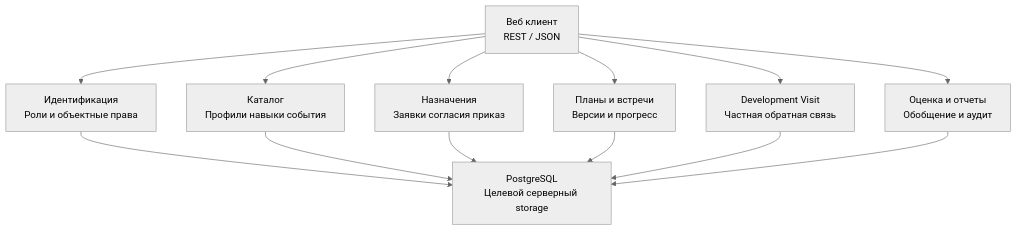
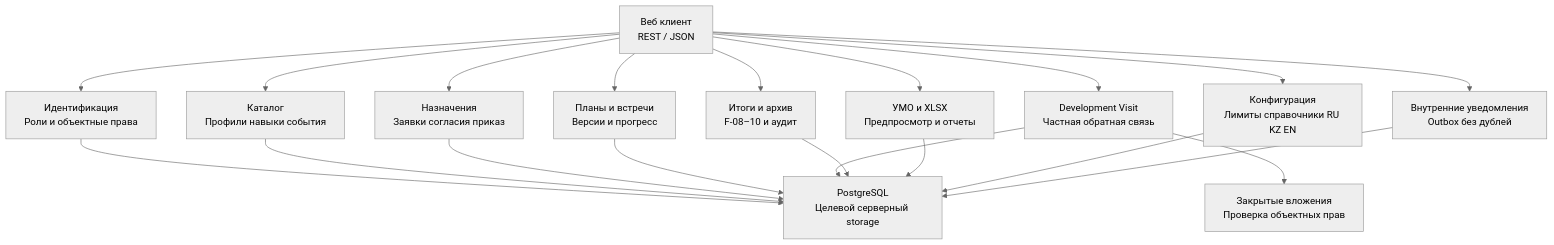
Before and after one commit to krna-tul/Diploma_Project_TulegenovaKM: the diagram in diagrams/source/components.mmd, drawn with Mermaid (neutral theme). The commit also changed 24 other files, not shown here.

Commit message:
DIP-2 DIP-6 DIP-9: align October criteria, architecture and linked YouTrack plan

```diff
--- a/diagrams/source/components.mmd
+++ b/diagrams/source/components.mmd
@@ -1,21 +1,32 @@
 flowchart TB
   n0["Веб клиент<br/>REST / JSON"]
   n1["Идентификация<br/>Роли и объектные права"]
   n2["Каталог<br/>Профили навыки события"]
   n3["Назначения<br/>Заявки согласия приказ"]
   n4["Планы и встречи<br/>Версии и прогресс"]
   n5["Development Visit<br/>Частная обратная связь"]
-  n6["Оценка и отчеты<br/>Обобщение и аудит"]
+  n6["Итоги и архив<br/>F-08–10 и аудит"]
   n7["PostgreSQL<br/>Целевой серверный storage"]
   n0 --> n1
   n0 --> n2
   n0 --> n3
   n0 --> n4
   n0 --> n5
   n0 --> n6
   n1 --> n7
   n2 --> n7
   n3 --> n7
   n4 --> n7
   n5 --> n7
   n6 --> n7
+  n8["УМО и XLSX<br/>Предпросмотр и отчеты"]
+  n9["Конфигурация<br/>Лимиты справочники RU KZ EN"]
+  n10["Внутренние уведомления<br/>Outbox без дублей"]
+  n11["Закрытые вложения<br/>Проверка объектных прав"]
+  n0 --> n8
+  n0 --> n9
+  n0 --> n10
+  n8 --> n7
+  n9 --> n7
+  n10 --> n7
+  n5 --> n11
```
